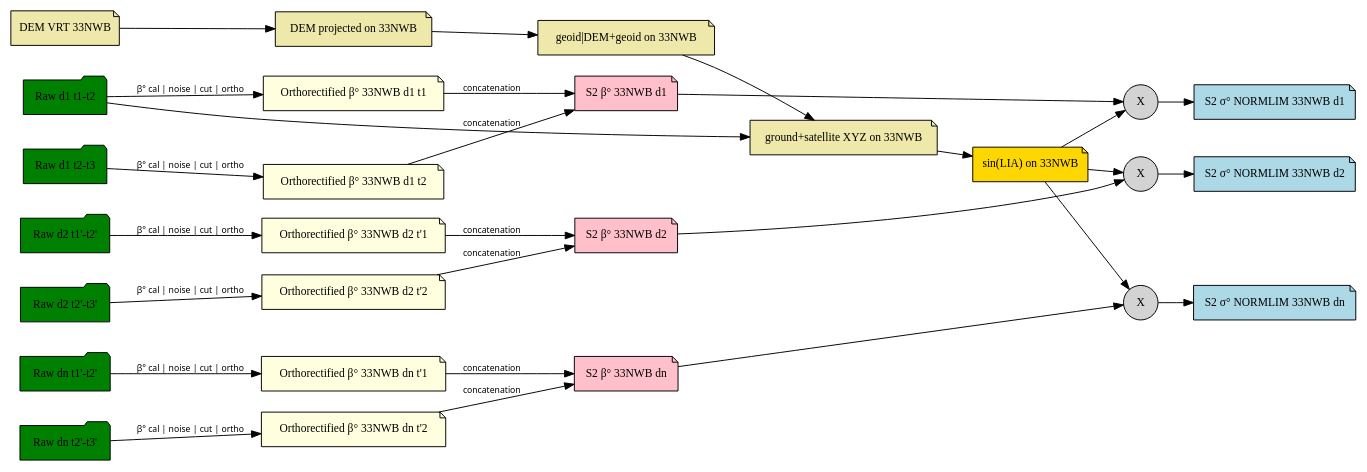
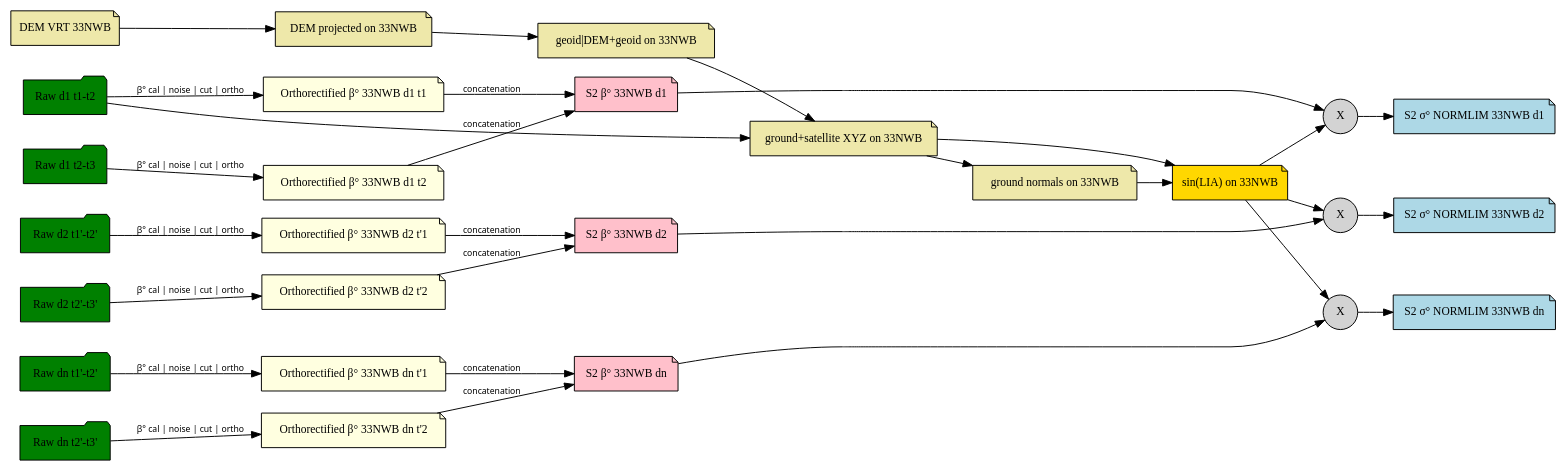
Before and after one commit to CNES/S1Tiling: the first of 2 diagrams in docs/dataflow-normlim.rst, drawn with Graphviz.

Commit message:
DOC: Fix LIA v1.1 dataflow
Normals node was missing

```diff
--- a/docs/dataflow-normlim.rst
+++ b/docs/dataflow-normlim.rst
@@ -135,6 +135,7 @@
          DEM_on_S2     [label="DEM projected on 33NWB",        fillcolor=palegoldenrod];
          heights_on_S2 [label="geoid|DEM+geoid on 33NWB",      fillcolor=palegoldenrod];
          xyz_d1_t1     [label="ground+satellite XYZ on 33NWB", fillcolor=palegoldenrod];
+         normals_on_S2 [label="ground normals on 33NWB",       fillcolor=palegoldenrod];
 
          nwb_lia       [label="sin(LIA) on 33NWB",             fillcolor="gold" ]
 
@@ -152,6 +153,8 @@
 
          heights_on_S2 -> xyz_d1_t1;
          raw_d1_t1t2   -> xyz_d1_t1;
+         xyz_d1_t1     -> normals_on_S2;
+         normals_on_S2 -> nwb_lia;
          xyz_d1_t1     -> nwb_lia;
 
          nwb_lia   -> mult_d1;
```
